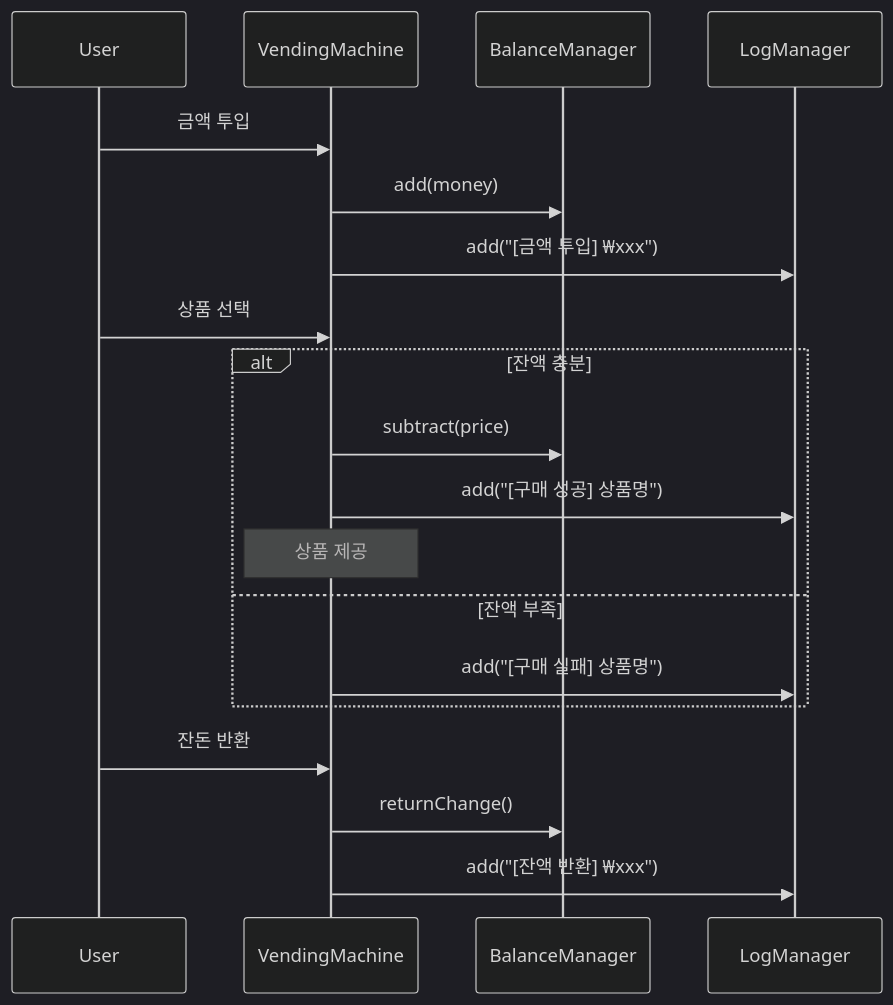
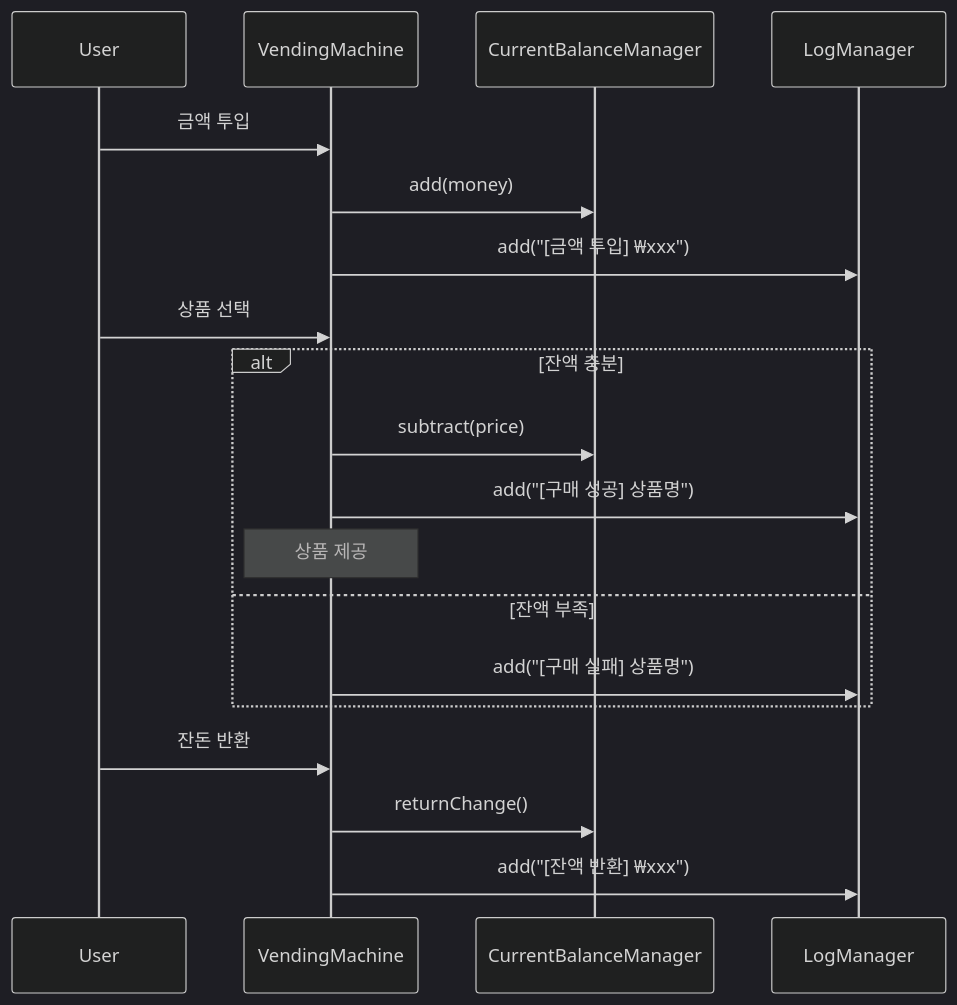
One commit to FC-InnerCircle-ICD2/fe-onboarding-project changed the second of 2 diagrams in README.md. Above: the diagram before and after it, drawn with Mermaid (dark theme). The commit also changed other lines of this file, not shown here.

Commit message:
docs: README 업데이트
- 오타 및 적절한 단어로 수정

````diff
--- a/README.md
+++ b/README.md
@@ -120,24 +120,24 @@
 ```mermaid
 sequenceDiagram
     participant User
     participant VendingMachine
-    participant BalanceManager
+    participant CurrentBalanceManager
     participant LogManager
 
     User->>VendingMachine: 금액 투입
-    VendingMachine->>BalanceManager: add(money)
+    VendingMachine->>CurrentBalanceManager: add(money)
     VendingMachine->>LogManager: add("[금액 투입] ₩xxx")
     
     User->>VendingMachine: 상품 선택
     alt 잔액 충분
-        VendingMachine->>BalanceManager: subtract(price)
+        VendingMachine->>CurrentBalanceManager: subtract(price)
         VendingMachine->>LogManager: add("[구매 성공] 상품명")
         Note over VendingMachine: 상품 제공
     else 잔액 부족
         VendingMachine->>LogManager: add("[구매 실패] 상품명")
     end
     
     User->>VendingMachine: 잔돈 반환
-    VendingMachine->>BalanceManager: returnChange()
+    VendingMachine->>CurrentBalanceManager: returnChange()
     VendingMachine->>LogManager: add("[잔액 반환] ₩xxx")
 ```
````
